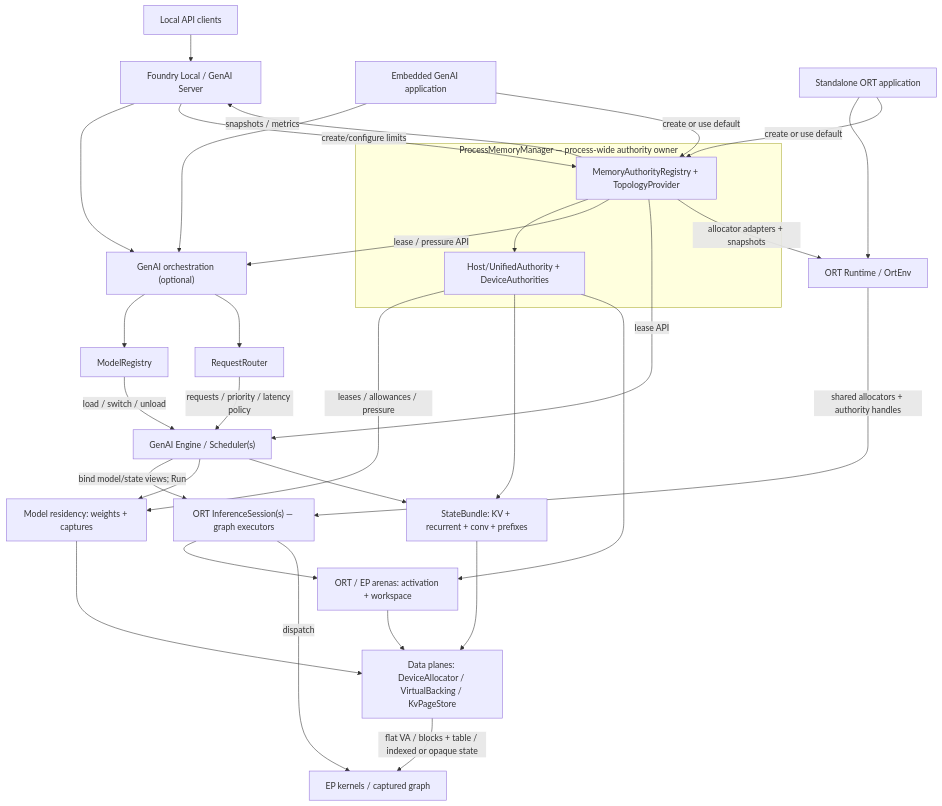
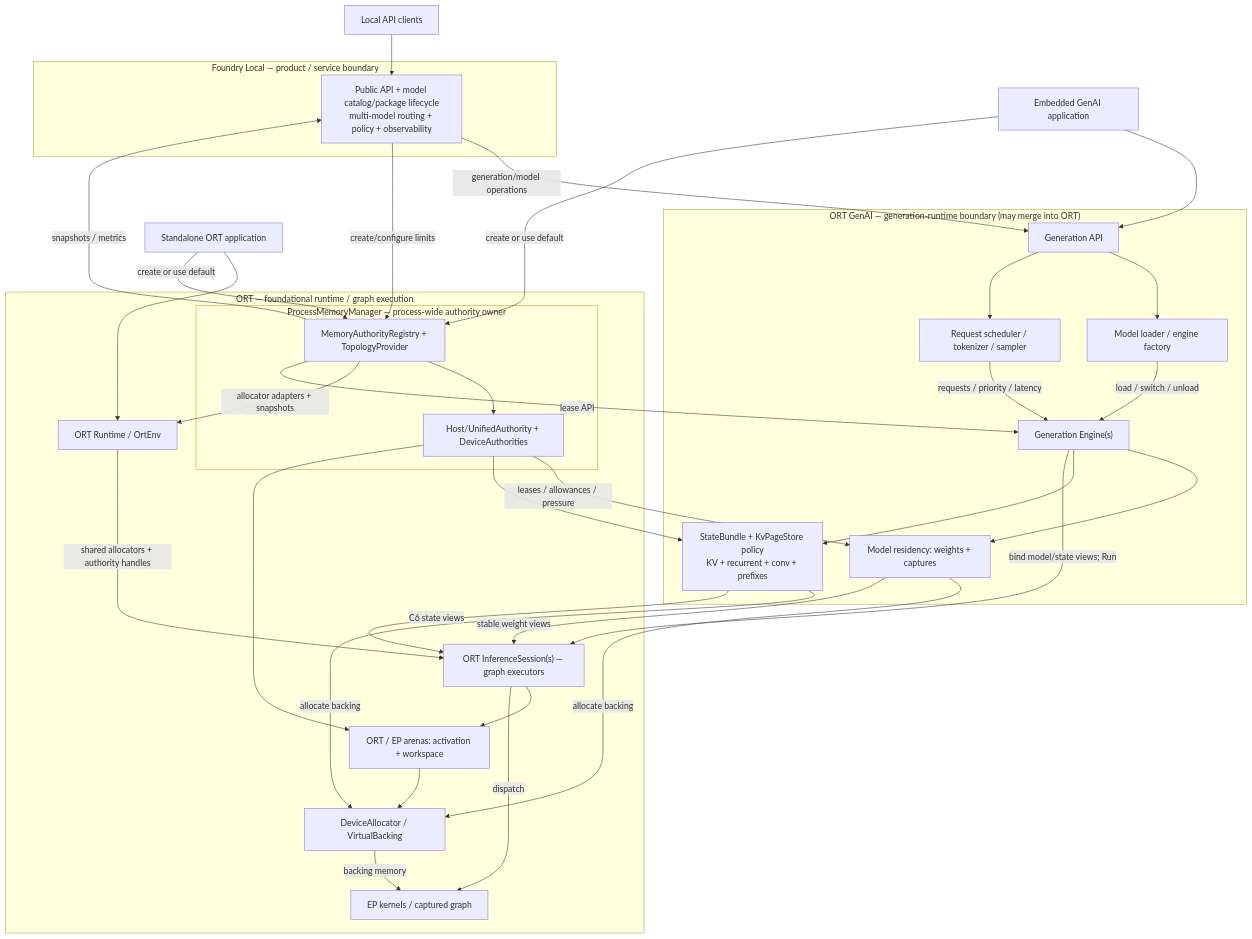
One commit to justinchuby/onnx-genai changed the diagram in docs/MEMORY_MANAGEMENT_MODEL_DESIGN.md. Above: the diagram before and after it, drawn with Mermaid. The commit also changed other lines of this file, not shown here.

Commit message:
docs: separate Foundry and ORT GenAI roles

````diff
--- a/docs/MEMORY_MANAGEMENT_MODEL_DESIGN.md
+++ b/docs/MEMORY_MANAGEMENT_MODEL_DESIGN.md
@@ -56,41 +56,60 @@
 ```mermaid
 flowchart TD
-    Client["Local API clients"] --> Foundry["Foundry Local / GenAI Server"]
-    Foundry --> GenAI["GenAI orchestration (optional)"]
-    Embedded["Embedded GenAI application"] --> GenAI
+    Client["Local API clients"] --> Foundry
     Standalone["Standalone ORT application"] --> Env
+    Embedded["Embedded GenAI application"] --> GenApi
 
-    GenAI --> Registry["ModelRegistry"]
-    GenAI --> Router["RequestRouter"]
-    Registry -->|"load / switch / unload"| Engine
-    Router -->|"requests / priority / latency policy"| Engine
-
-    subgraph Memory["ProcessMemoryManager — process-wide authority owner"]
-        Resources["MemoryAuthorityRegistry + TopologyProvider"]
-        Authorities["Host/UnifiedAuthority + DeviceAuthorities"]
-        Resources --> Authorities
+    subgraph Product["Foundry Local — product / service boundary"]
+        Foundry["Public API + model catalog/package lifecycle<br/>multi-model routing + policy + observability"]
     end
 
+    subgraph Generation["ORT GenAI — generation-runtime boundary (may merge into ORT)"]
+        GenApi["Generation API"]
+        ModelRuntime["Model loader / engine factory"]
+        RequestRuntime["Request scheduler / tokenizer / sampler"]
+        Engine["Generation Engine(s)"]
+        Weights["Model residency: weights + captures"]
+        State["StateBundle + KvPageStore policy<br/>KV + recurrent + conv + prefixes"]
+        GenApi --> ModelRuntime
+        GenApi --> RequestRuntime
+        ModelRuntime -->|"load / switch / unload"| Engine
+        RequestRuntime -->|"requests / priority / latency"| Engine
+        Engine --> Weights
+        Engine --> State
+    end
+
+    subgraph ORTCore["ORT — foundational runtime / graph execution"]
+        subgraph Memory["ProcessMemoryManager — process-wide authority owner"]
+            Resources["MemoryAuthorityRegistry + TopologyProvider"]
+            Authorities["Host/UnifiedAuthority + DeviceAuthorities"]
+            Resources --> Authorities
+        end
+        Env["ORT Runtime / OrtEnv"]
+        Session["ORT InferenceSession(s) — graph executors"]
+        Arenas["ORT / EP arenas: activation + workspace"]
+        Allocators["DeviceAllocator / VirtualBacking"]
+        Kernels["EP kernels / captured graph"]
+        Resources -->|"allocator adapters + snapshots"| Env
+        Env -->|"shared allocators + authority handles"| Session
+        Session --> Arenas
+        Arenas --> Allocators
+        Session -->|"dispatch"| Kernels
+        Allocators -->|"backing memory"| Kernels
+    end
+
+    Foundry -->|"generation/model operations"| GenApi
     Foundry -->|"create/configure limits"| Resources
     Embedded -->|"create or use default"| Resources
     Standalone -->|"create or use default"| Resources
     Resources -->|"snapshots / metrics"| Foundry
-    Resources -->|"lease / pressure API"| GenAI
-    Resources -->|"lease API"| Engine["GenAI Engine / Scheduler(s)"]
-    Resources -->|"allocator adapters + snapshots"| Env["ORT Runtime / OrtEnv"]
-    Env -->|"shared allocators + authority handles"| Session["ORT InferenceSession(s) — graph executors"]
+    Resources -->|"lease API"| Engine
     Engine -->|"bind model/state views; Run"| Session
 
-    Authorities -->|"leases / allowances / pressure"| Weights["Model residency: weights + captures"]
-    Authorities --> State["StateBundle: KV + recurrent + conv + prefixes"]
-    Authorities --> Arenas["ORT / EP arenas: activation + workspace"]
-    Engine --> Weights
-    Engine --> State
-    Session --> Arenas
-
-    Weights --> Data["Data planes: DeviceAllocator / VirtualBacking / KvPageStore"]
-    State --> Data
-    Arenas --> Data
-    Data -->|"flat VA / blocks + table / indexed or opaque state"| Kernels["EP kernels / captured graph"]
-    Session -->|"dispatch"| Kernels
+    Authorities -->|"leases / allowances / pressure"| Weights
+    Authorities --> State
+    Authorities --> Arenas
+    Weights -->|"allocate backing"| Allocators
+    State -->|"allocate backing"| Allocators
+    Weights -->|"stable weight views"| Session
+    State -->|"C6 state views"| Session
 ```
````
